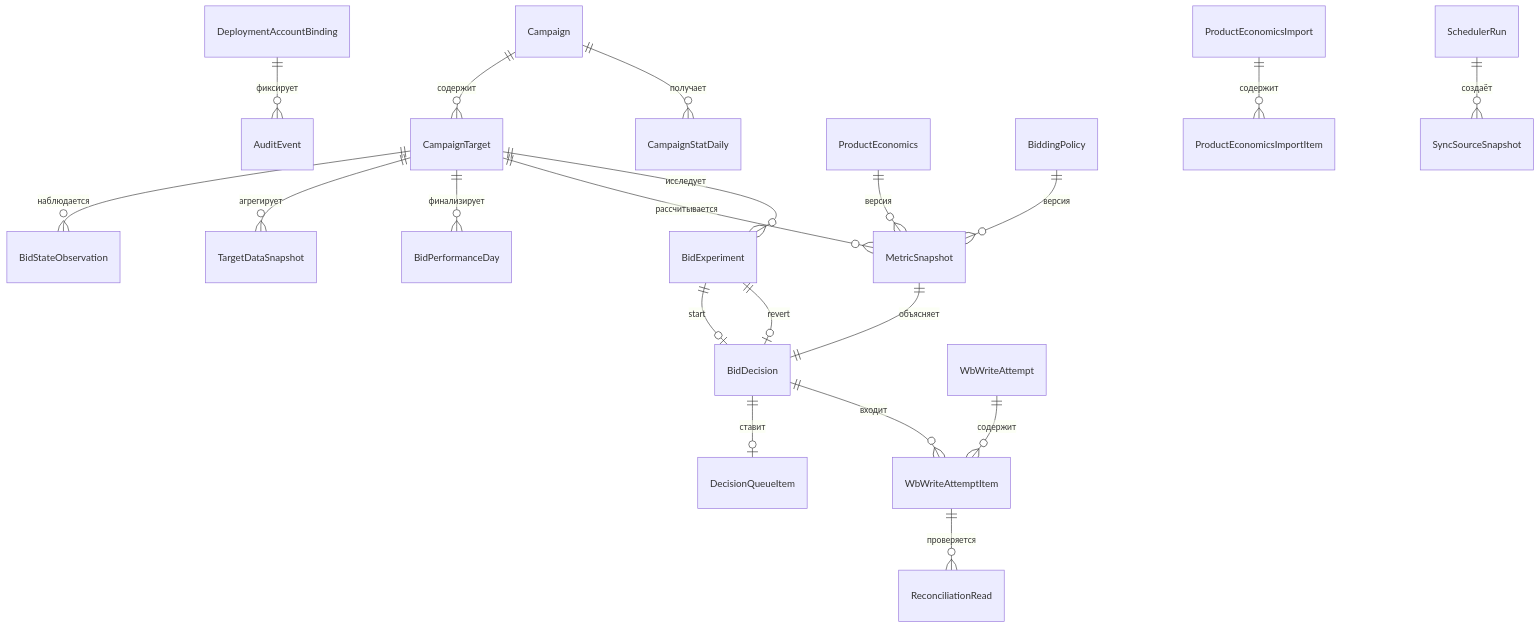
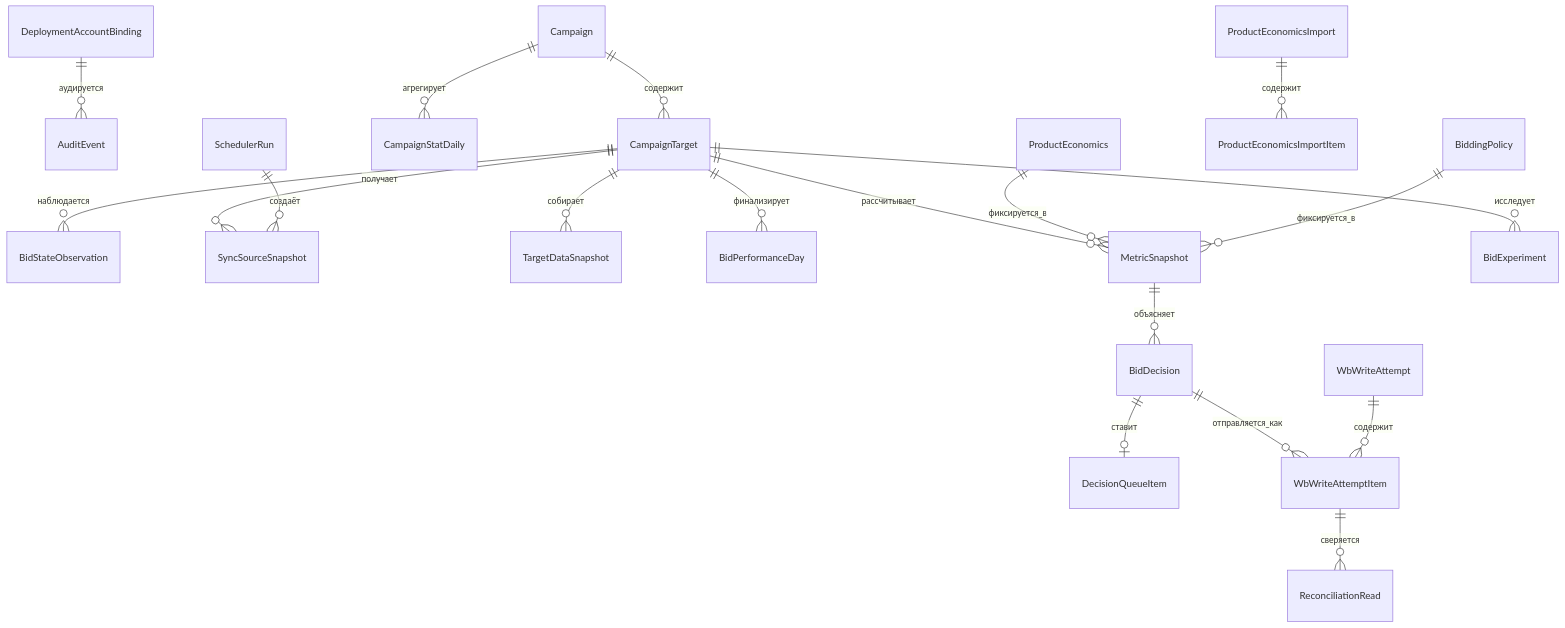
Before and after one commit to odubinkin/wb-bidding: the first of 2 diagrams in docs/data-model.md, drawn with Mermaid. The commit also changed other lines of this file and 3 other files, not shown here.

Commit message:
📝 ZHRKSR docs: document bidding algorithm and data model

````diff
--- a/docs/data-model.md
+++ b/docs/data-model.md
@@ -10,22 +16,21 @@
 ```mermaid
 erDiagram
-  DeploymentAccountBinding ||--o{ AuditEvent : фиксирует
+  DeploymentAccountBinding ||--o{ AuditEvent : аудируется
   Campaign ||--o{ CampaignTarget : содержит
-  Campaign ||--o{ CampaignStatDaily : получает
+  Campaign ||--o{ CampaignStatDaily : агрегирует
   CampaignTarget ||--o{ BidStateObservation : наблюдается
-  CampaignTarget ||--o{ TargetDataSnapshot : агрегирует
+  CampaignTarget ||--o{ SyncSourceSnapshot : получает
+  CampaignTarget ||--o{ TargetDataSnapshot : собирает
   CampaignTarget ||--o{ BidPerformanceDay : финализирует
-  CampaignTarget ||--o{ MetricSnapshot : рассчитывается
-  ProductEconomics ||--o{ MetricSnapshot : версия
-  BiddingPolicy ||--o{ MetricSnapshot : версия
-  MetricSnapshot ||--|| BidDecision : объясняет
+  CampaignTarget ||--o{ MetricSnapshot : рассчитывает
+  ProductEconomics ||--o{ MetricSnapshot : фиксируется_в
+  BiddingPolicy ||--o{ MetricSnapshot : фиксируется_в
+  MetricSnapshot ||--o{ BidDecision : объясняет
   BidDecision ||--o| DecisionQueueItem : ставит
-  BidDecision ||--o{ WbWriteAttemptItem : входит
+  BidDecision ||--o{ WbWriteAttemptItem : отправляется_как
   WbWriteAttempt ||--o{ WbWriteAttemptItem : содержит
-  WbWriteAttemptItem ||--o{ ReconciliationRead : проверяется
+  WbWriteAttemptItem ||--o{ ReconciliationRead : сверяется
   CampaignTarget ||--o{ BidExperiment : исследует
-  BidExperiment ||--o| BidDecision : start
-  BidExperiment ||--o| BidDecision : revert
   ProductEconomicsImport ||--o{ ProductEconomicsImportItem : содержит
   SchedulerRun ||--o{ SyncSourceSnapshot : создаёт
 ```
````
